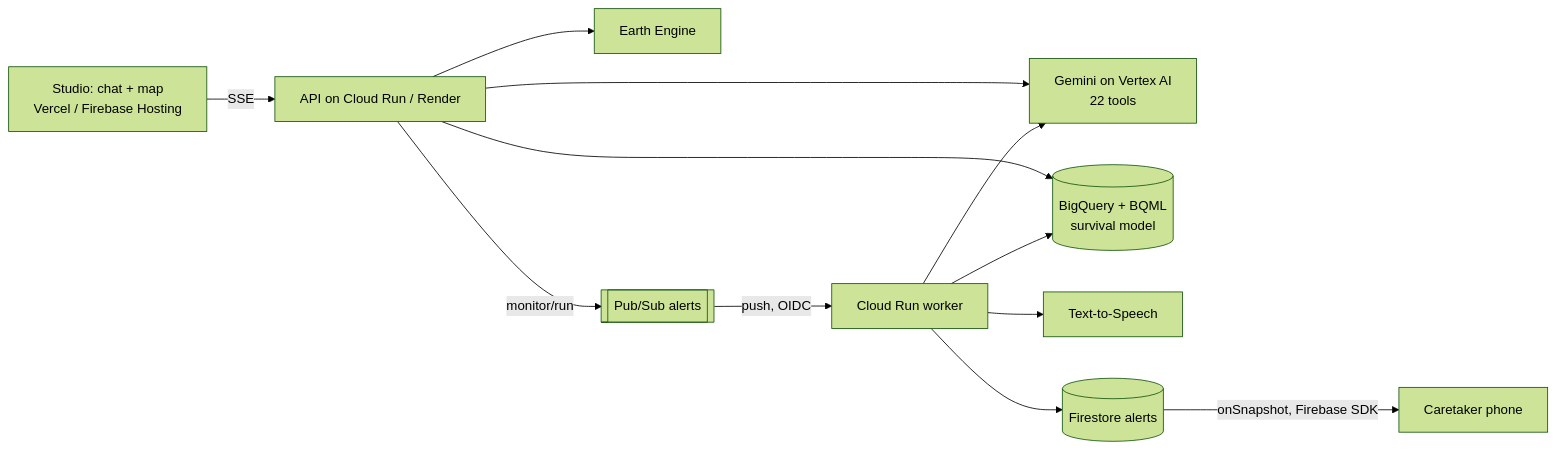
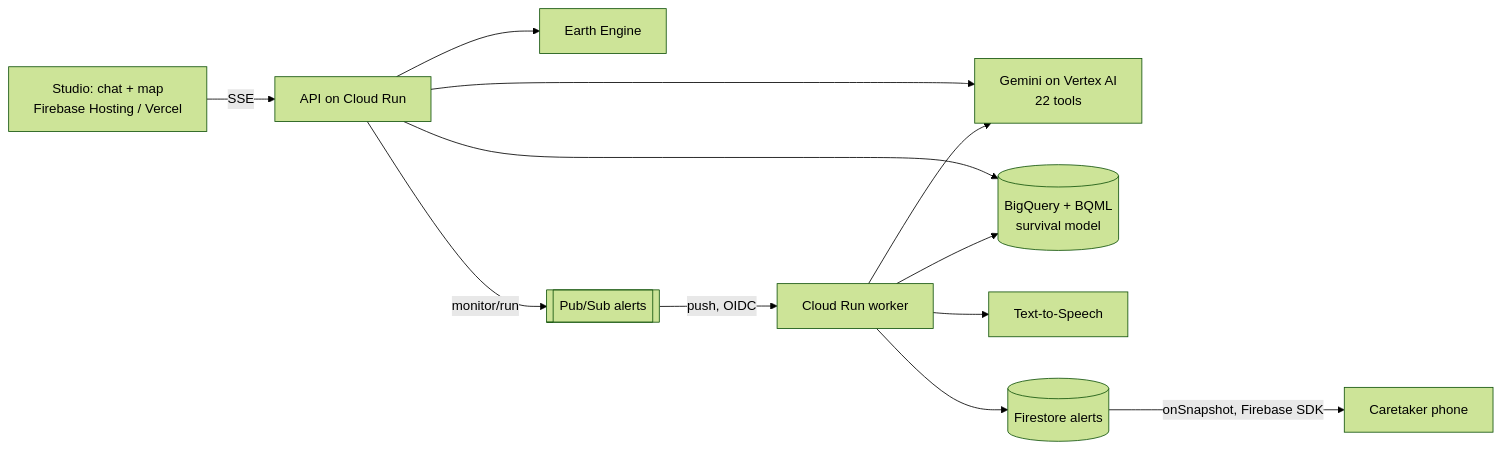
Before and after one commit to saketharshraj/reroot: the diagram in README.md, drawn with Mermaid (forest theme). The commit also changed other lines of this file and 3 other files, not shown here.

First line of the commit message:
Make Cloud Run the primary API for all frontends

````diff
--- a/README.md
+++ b/README.md
@@ -75,14 +75,14 @@
 ```mermaid
 flowchart LR
-  U[Studio: chat + map<br/>Vercel / Firebase Hosting] -->|SSE| A[API on Cloud Run / Render]
+  U[Studio: chat + map<br/>Firebase Hosting / Vercel] -->|SSE| A[API on Cloud Run]
   A --> G[Gemini on Vertex AI<br/>22 tools]
   A --> EE[Earth Engine]
   A --> BQ[(BigQuery + BQML<br/>survival model)]
   A -->|monitor/run| PS[[Pub/Sub alerts]]
   PS -->|push, OIDC| W[Cloud Run worker]
   W --> G
   W --> TTS[Text-to-Speech]
   W --> FS[(Firestore alerts)]
   W --> BQ
   FS -->|onSnapshot, Firebase SDK| P[Caretaker phone]
 ```
````
